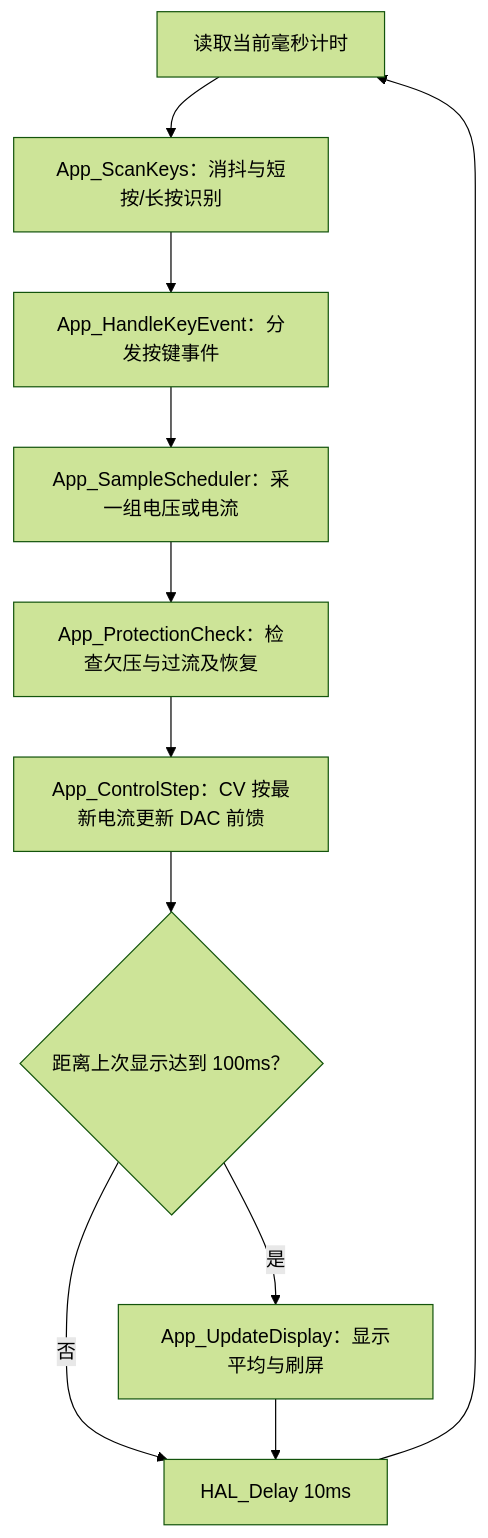
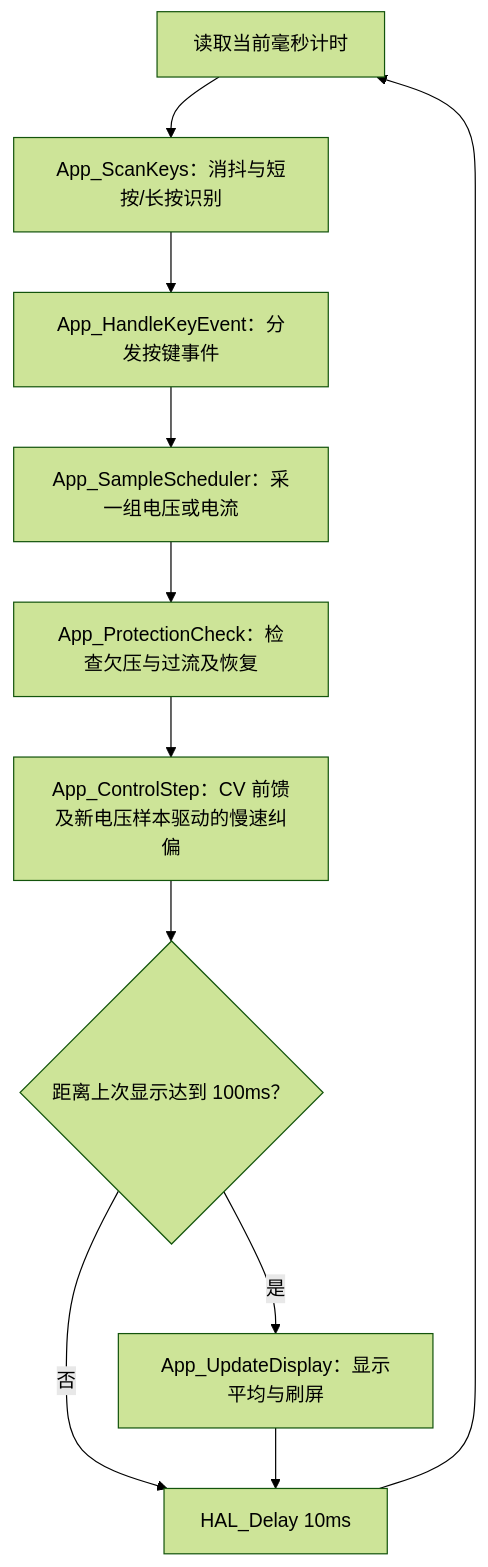
One commit to OhmDazzle/YLD_Cup changed the second of 4 diagrams in README_程序流程.md. Above: the diagram before and after it, drawn with Mermaid (forest theme). The commit also changed other lines of this file and 7 other files, not shown here.

````diff
--- a/README_程序流程.md
+++ b/README_程序流程.md
@@ -82,13 +82,13 @@
 ```mermaid
 flowchart TD
     A[读取当前毫秒计时] --> B[App_ScanKeys：消抖与短按/长按识别]
     B --> C[App_HandleKeyEvent：分发按键事件]
     C --> D[App_SampleScheduler：采一组电压或电流]
     D --> E[App_ProtectionCheck：检查欠压与过流及恢复]
-    E --> F[App_ControlStep：CV 按最新电流更新 DAC 前馈]
+    E --> F[App_ControlStep：CV 前馈及新电压样本驱动的慢速纠偏]
     F --> G{距离上次显示达到 100ms？}
     G -->|是| H[App_UpdateDisplay：显示平均与刷屏]
     G -->|否| I[HAL_Delay 10ms]
     H --> I
     I --> A
 ```
````
